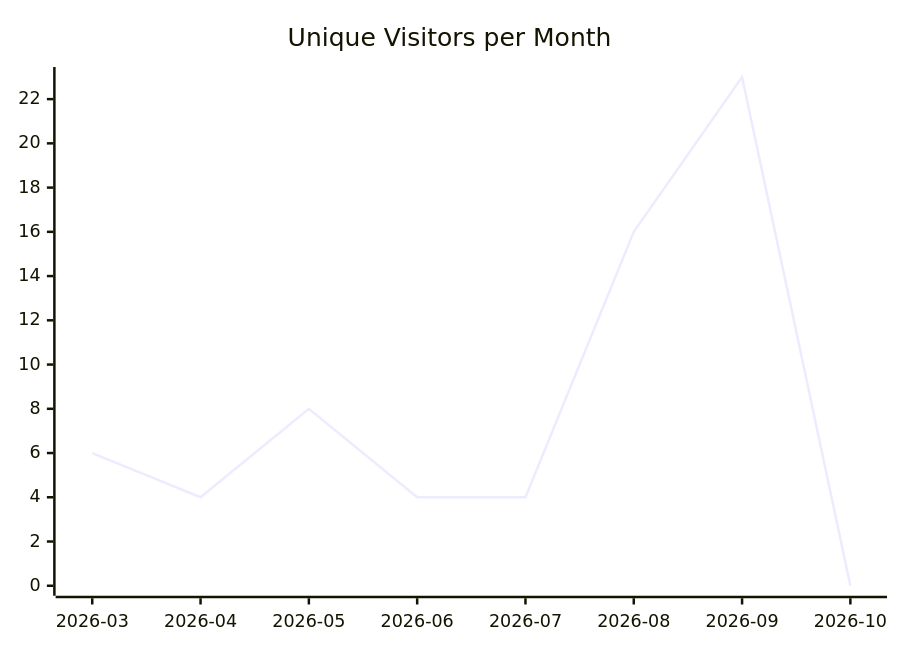
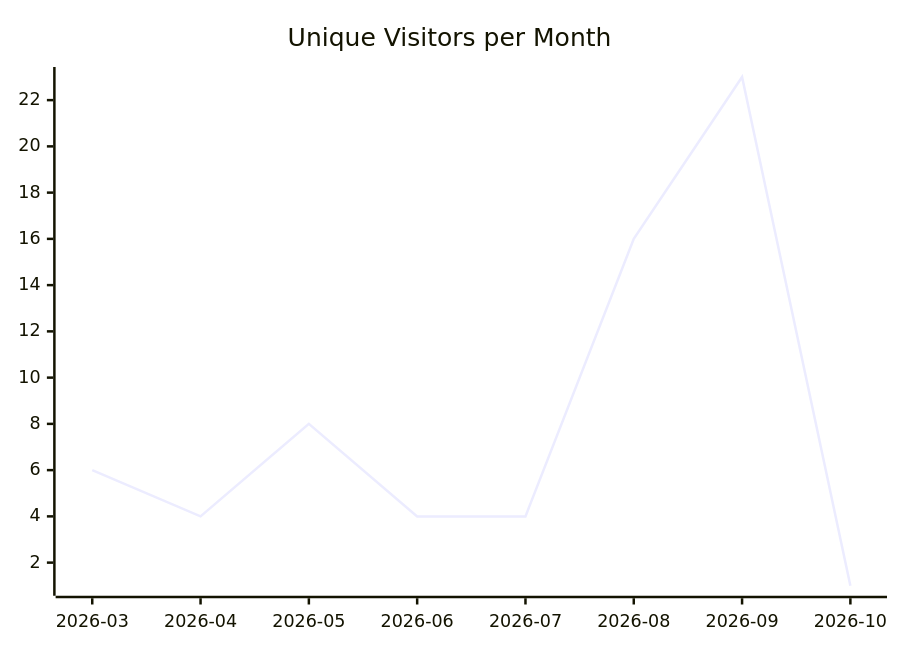
One commit to justdavis-family/github-analytics-data changed the first of 3 diagrams in karlmdavis/xmlpull/README.md. Above: the diagram before and after it, drawn with Mermaid. The commit also changed other lines of this file and 200 other files, not shown here.

````diff
--- a/karlmdavis/xmlpull/README.md
+++ b/karlmdavis/xmlpull/README.md
@@ -5,6 +5,6 @@
 ```mermaid
 xychart-beta
   title "Unique Visitors per Month"
   x-axis ["2026-03", "2026-04", "2026-05", "2026-06", "2026-07", "2026-08", "2026-09", "2026-10"]
-  line [6, 4, 8, 4, 4, 16, 23, 0]
+  line [6, 4, 8, 4, 4, 16, 23, 1]
 ```
````
